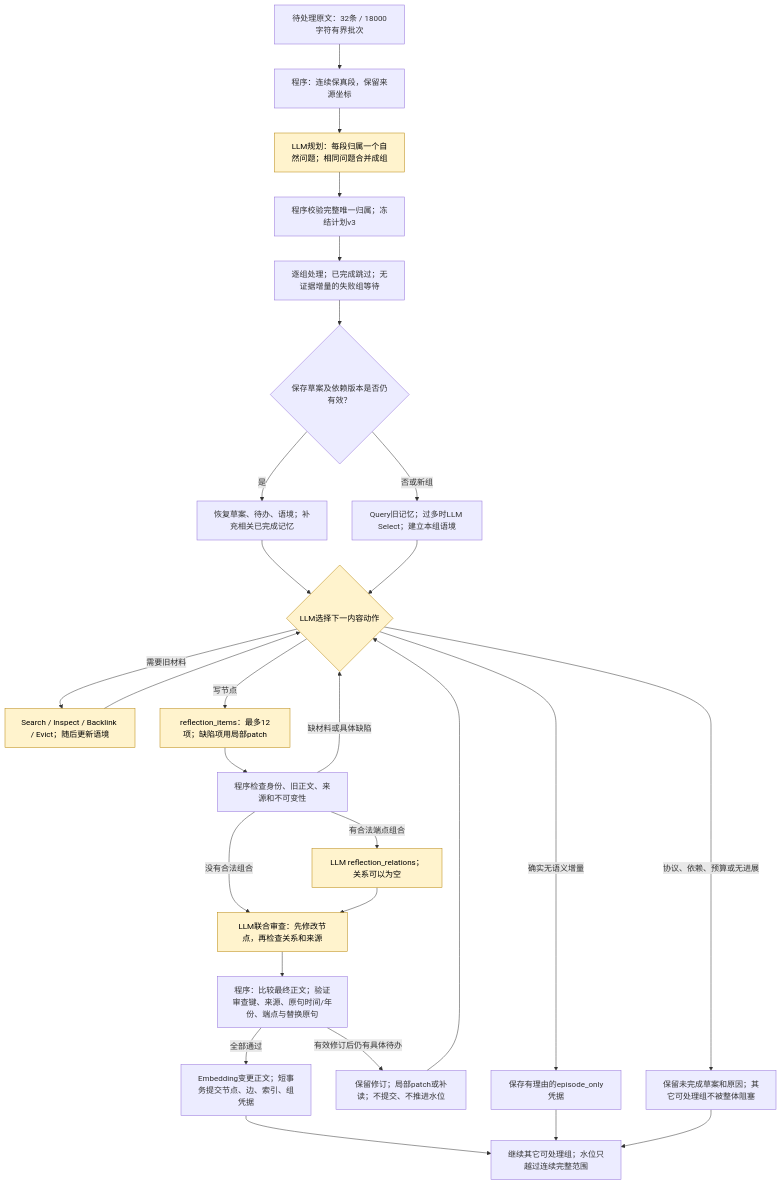
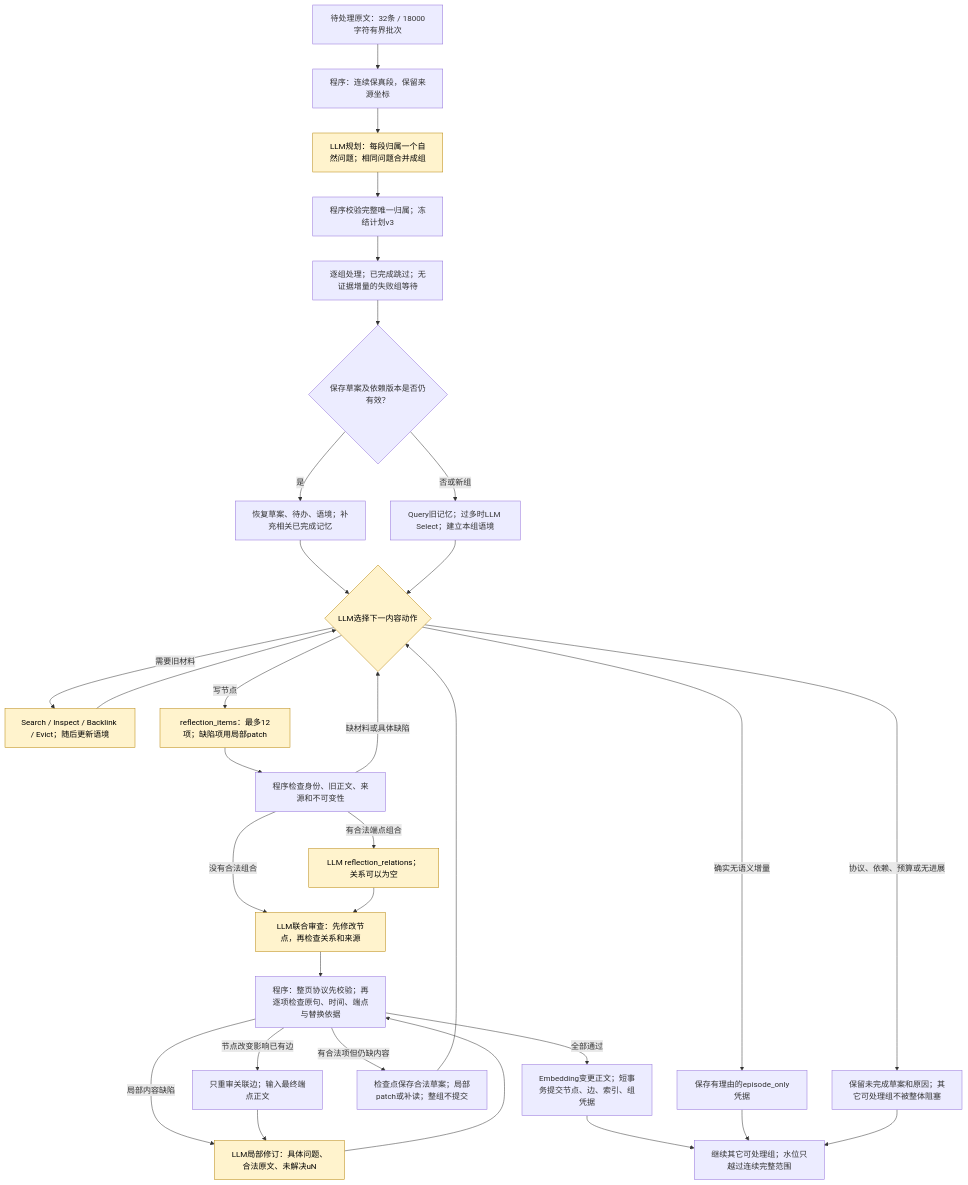
One commit to Graygoo7529/AM-Link changed the second of 3 diagrams in DESIGN.md. Above: the diagram before and after it, drawn with Mermaid. The commit also changed other lines of this file and 30 other files, not shown here.

````diff
--- a/DESIGN.md
+++ b/DESIGN.md
@@ -48,31 +44,35 @@
 ```mermaid
 flowchart TD
  A[待处理原文：32条 / 18000字符有界批次] --> P[程序：连续保真段，保留来源坐标]
  P --> G[LLM规划：每段归属一个自然问题；相同问题合并成组]
  G --> V[程序校验完整唯一归属；冻结计划v3]
  V --> N[逐组处理；已完成跳过；无证据增量的失败组等待]
  N --> R{保存草案及依赖版本是否仍有效？}
  R -->|是| S[恢复草案、待办、语境；补充相关已完成记忆]
  R -->|否或新组| O[Query旧记忆；过多时LLM Select；建立本组语境]
  S --> L
  O --> L{LLM选择下一内容动作}
  L -->|需要旧材料| Q[Search / Inspect / Backlink / Evict；随后更新语境]
  Q --> L
  L -->|写节点| I[reflection_items：最多12项；缺陷项用局部patch]
  L -->|确实无语义增量| NO[保存有理由的episode_only凭据]
  I --> C[程序检查身份、旧正文、来源和不可变性]
  C -->|缺材料或具体缺陷| L
  C -->|有合法端点组合| E[LLM reflection_relations；关系可以为空]
  C -->|没有合法组合| U
  E --> U[LLM联合审查：先修改节点，再检查关系和来源]
- U --> K[程序：比较最终正文；验证审查键、来源、原句时间/年份、端点与替换原句]
- K -->|有效修订后仍有具体待办| W[保留修订；局部patch或补读；不提交、不推进水位]
+ U --> K[程序：整页协议先校验；再逐项检查原句、时间、端点与替换依据]
+ K -->|局部内容缺陷| LR[LLM局部修订：具体问题、合法原文、未解决uN]
+ LR --> K
+ K -->|节点改变影响已有边| ER[只重审关联边；输入最终端点正文]
+ ER --> LR
+ K -->|有合法项但仍缺内容| W[检查点保存合法草案；局部patch或补读；整组不提交]
  W --> L
  K -->|全部通过| T[Embedding变更正文；短事务提交节点、边、索引、组凭据]
  T --> NEXT[继续其它可处理组；水位只越过连续完整范围]
  NO --> NEXT
  L -->|协议、依赖、预算或无进展| FAIL[保留未完成草案和原因；其它可处理组不被整体阻塞]
  FAIL --> NEXT
  classDef model fill:#fff3cd,stroke:#b8860b,color:#000
- class G,L,Q,I,E,U model
+ class G,L,Q,I,E,U,LR model
 ```
````
